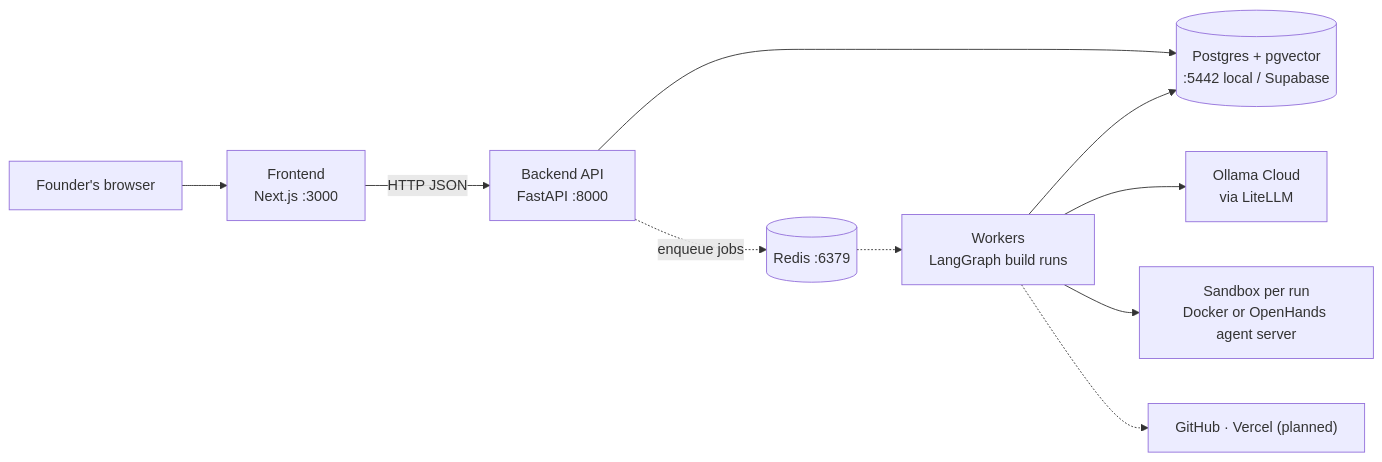
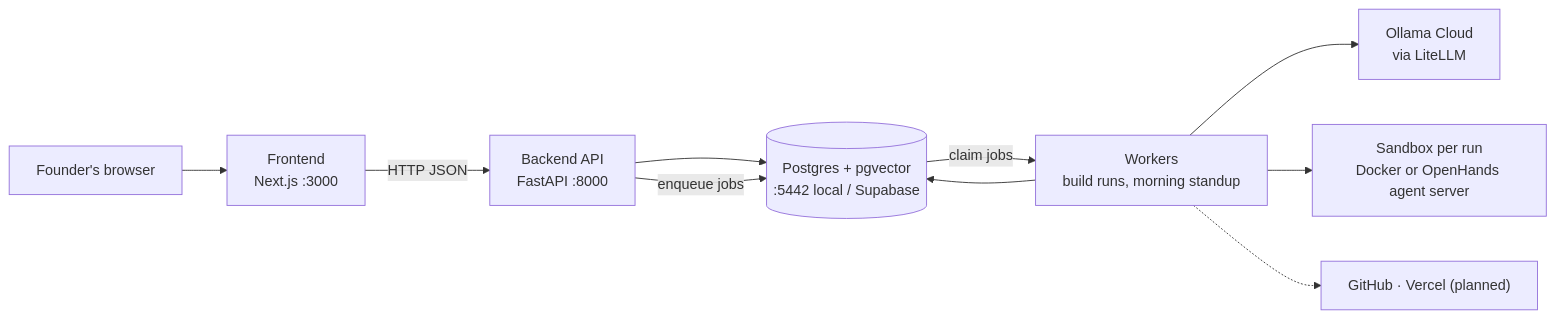
The first of 2 diagrams in docs/technical/overview.md (medhalabs/MedhKarm), drawn with Mermaid before and after one commit. The commit also changed other lines of this file and 60 other files, not shown here.

````diff
--- a/docs/technical/overview.md
+++ b/docs/technical/overview.md
@@ -9,12 +9,12 @@
 ```mermaid
 flowchart LR
     Browser["Founder's browser"] --> FE["Frontend<br/>Next.js :3000"]
     FE -->|HTTP JSON| API["Backend API<br/>FastAPI :8000"]
     API --> DB[("Postgres + pgvector<br/>:5442 local / Supabase")]
-    API -.->|enqueue jobs| Redis[("Redis :6379")]
-    Redis -.-> Worker["Workers<br/>LangGraph build runs"]
+    API -->|enqueue jobs| DB
+    DB -->|claim jobs| Worker["Workers<br/>build runs, morning standup"]
     Worker --> DB
     Worker --> Ollama["Ollama Cloud<br/>via LiteLLM"]
     Worker --> Sandbox["Sandbox per run<br/>Docker or OpenHands agent server"]
     Worker -.-> Ext["GitHub · Vercel (planned)"]
 ```
````
